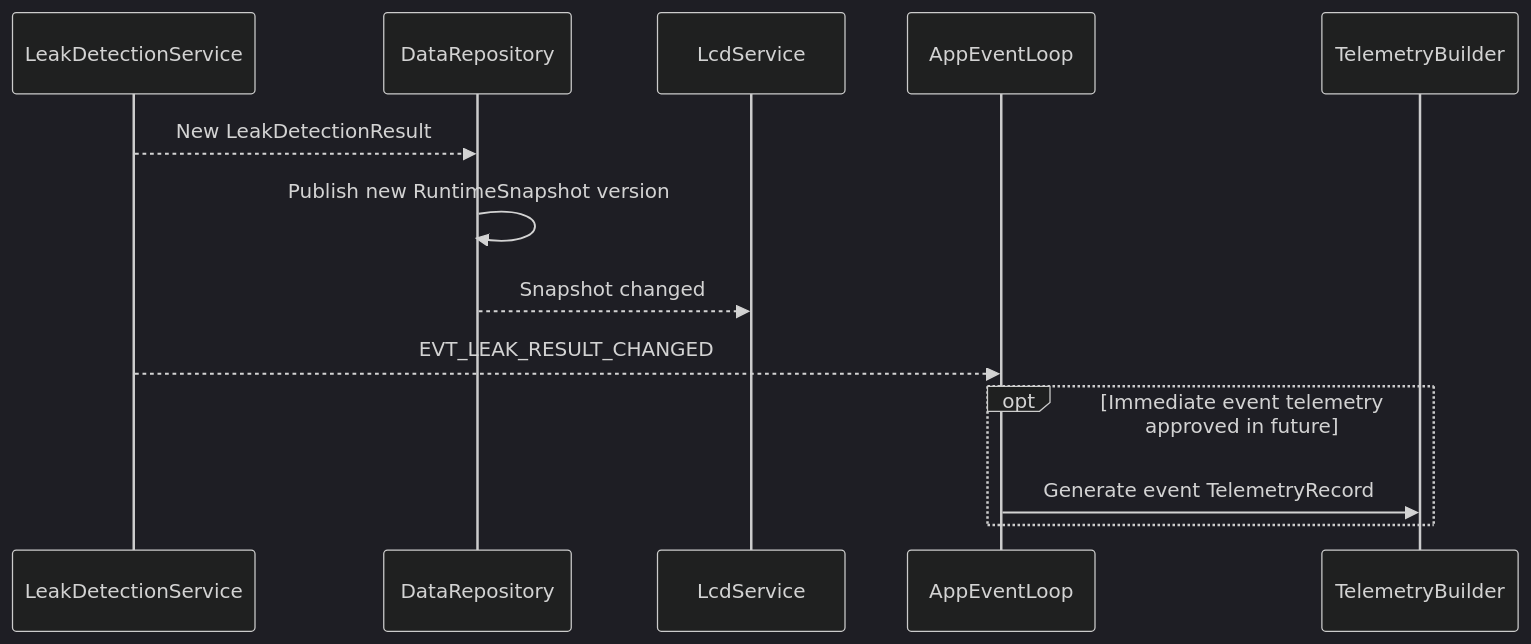
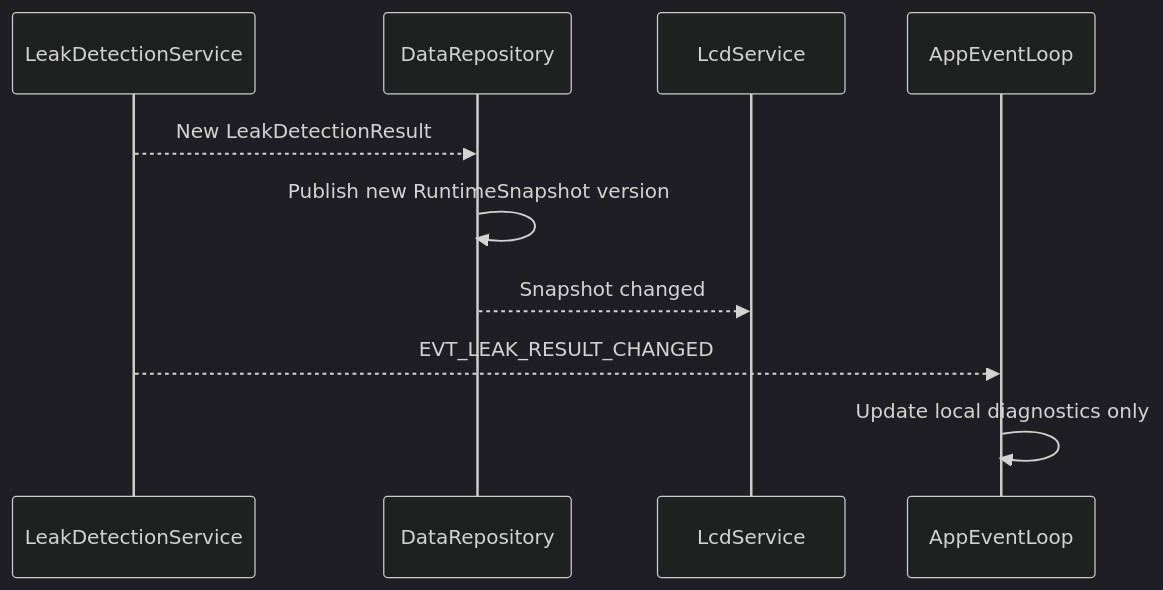
Before and after one commit to whoisLePhuc/smart-water-flow-pressure-monitor: diagram 21 of 27 in 1.docs/00_overview/05_sequence_diagrams.md, drawn with Mermaid (dark theme). The commit also changed other lines of this file and 15 other files, not shown here.

````diff
--- a/1.docs/00_overview/05_sequence_diagrams.md
+++ b/1.docs/00_overview/05_sequence_diagrams.md
@@ -719,16 +727,13 @@
 ```mermaid
 sequenceDiagram
     participant LD as LeakDetectionService
     participant DR as DataRepository
     participant LCD as LcdService
     participant EL as AppEventLoop
-    participant TB as TelemetryBuilder
 
     LD-->>DR: New LeakDetectionResult
     DR->>DR: Publish new RuntimeSnapshot version
     DR-->>LCD: Snapshot changed
     LD-->>EL: EVT_LEAK_RESULT_CHANGED
-    opt Immediate event telemetry approved in future
-        EL->>TB: Generate event TelemetryRecord
-    end
+    EL->>EL: Update local diagnostics only
 ```
````
